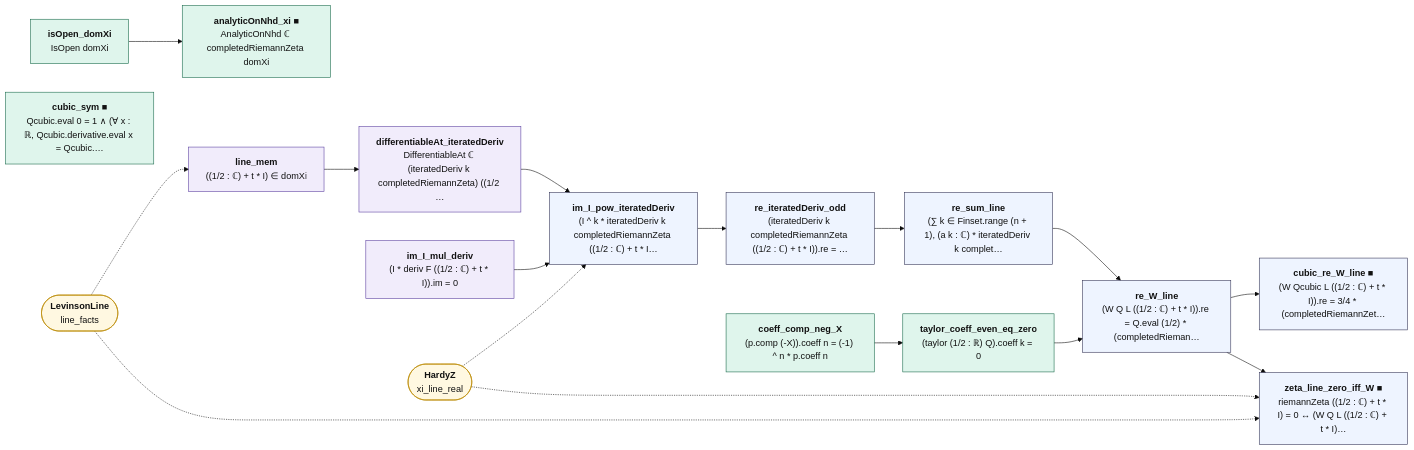
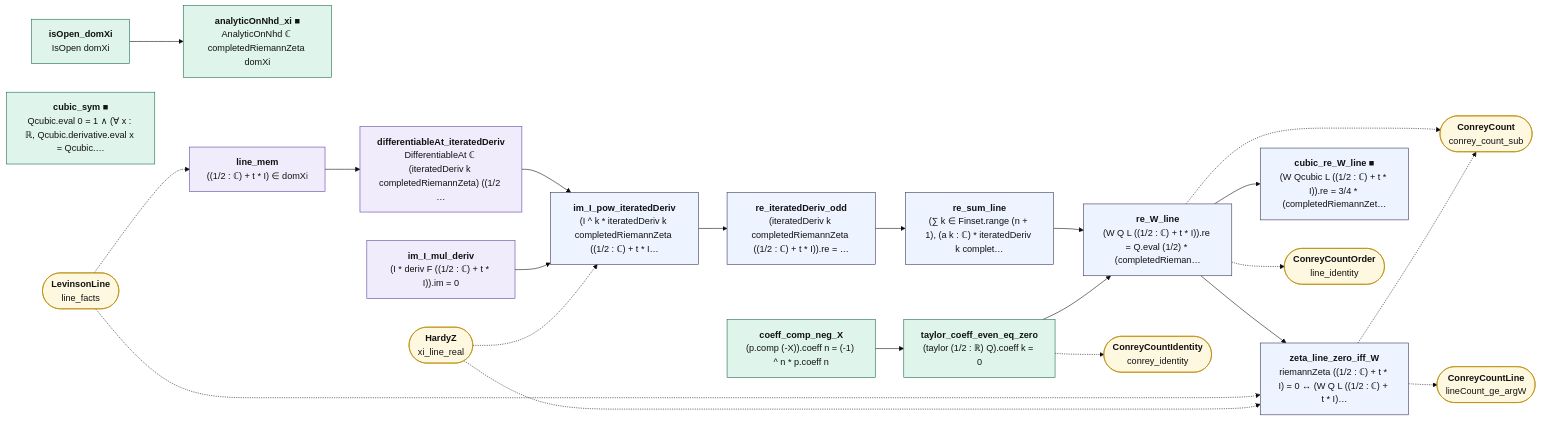
One commit to juliansambranojr/Primebeat_081426 changed the diagram in map/lean_stage3/OperatorQ.md. Above: the diagram before and after it, drawn with Mermaid (base theme). The commit also changed other lines of this file and 48 other files, not shown here.

````diff
--- a/map/lean_stage3/OperatorQ.md
+++ b/map/lean_stage3/OperatorQ.md
@@ -14,42 +14,51 @@
 ```mermaid
 flowchart LR
   n0["<b>isOpen_domXi</b><br/>IsOpen domXi"]:::cnt
   n1["<b>analyticOnNhd_xi ■</b><br/>AnalyticOnNhd ℂ completedRiemannZeta domXi"]:::cnt
   n2["<b>line_mem</b><br/>((1/2 : ℂ) + t * I) ∈ domXi"]:::shp
   n3["<b>differentiableAt_iteratedDeriv</b><br/>DifferentiableAt ℂ (iteratedDeriv k completedRiemannZeta) ((1/2 …"]:::shp
   n4["<b>im_I_mul_deriv</b><br/>(I * deriv F ((1/2 : ℂ) + t * I)).im = 0"]:::shp
   n5["<b>im_I_pow_iteratedDeriv</b><br/>(I ^ k * iteratedDeriv k completedRiemannZeta ((1/2 : ℂ) + t * I…"]:::thm
   n6["<b>re_iteratedDeriv_odd</b><br/>(iteratedDeriv k completedRiemannZeta ((1/2 : ℂ) + t * I)).re = …"]:::thm
   n7["<b>re_sum_line</b><br/>(∑ k ∈ Finset.range (n + 1), (a k : ℂ) * iteratedDeriv k complet…"]:::thm
   n8["<b>coeff_comp_neg_X</b><br/>(p.comp (-X)).coeff n = (-1) ^ n * p.coeff n"]:::cnt
   n9["<b>taylor_coeff_even_eq_zero</b><br/>(taylor (1/2 : ℝ) Q).coeff k = 0"]:::cnt
   n10["<b>re_W_line</b><br/>(W Q L ((1/2 : ℂ) + t * I)).re = Q.eval (1/2) * (completedRieman…"]:::thm
-  n11["<b>zeta_line_zero_iff_W ■</b><br/>riemannZeta ((1/2 : ℂ) + t * I) = 0 ↔ (W Q L ((1/2 : ℂ) + t * I)…"]:::thm
+  n11["<b>zeta_line_zero_iff_W</b><br/>riemannZeta ((1/2 : ℂ) + t * I) = 0 ↔ (W Q L ((1/2 : ℂ) + t * I)…"]:::thm
   n12["<b>cubic_sym ■</b><br/>Qcubic.eval 0 = 1 ∧ (∀ x : ℝ, Qcubic.derivative.eval x = Qcubic.…"]:::cnt
   n13["<b>cubic_re_W_line ■</b><br/>(W Qcubic L ((1/2 : ℂ) + t * I)).re = 3/4 * (completedRiemannZet…"]:::thm
   x0(["<b>LevinsonLine</b><br/>line_facts"]):::ext
   x1(["<b>HardyZ</b><br/>xi_line_real"]):::ext
+  x2(["<b>ConreyCountIdentity</b><br/>conrey_identity"]):::ext
+  x3(["<b>ConreyCount</b><br/>conrey_count_sub"]):::ext
+  x4(["<b>ConreyCountOrder</b><br/>line_identity"]):::ext
+  x5(["<b>ConreyCountLine</b><br/>lineCount_ge_argW"]):::ext
   n0 --> n1
   n10 --> n11
   n10 --> n13
   n2 --> n3
   n3 --> n5
   n4 --> n5
   n5 --> n6
   n6 --> n7
   n7 --> n10
   n8 --> n9
   n9 --> n10
+  n10 -.-> x3
+  n10 -.-> x4
+  n11 -.-> x3
+  n11 -.-> x5
+  n9 -.-> x2
   x0 -.-> n11
   x0 -.-> n2
   x1 -.-> n11
   x1 -.-> n5
   classDef cnt fill:#dff5ec,stroke:#17694a,color:#111
   classDef shp fill:#f1ecfb,stroke:#5b3fa0,color:#111
   classDef rh fill:#ffe5e5,stroke:#c22,color:#111,stroke-width:2px
   classDef thm fill:#eef4ff,stroke:#335,color:#111
   classDef end_ fill:#e7f7e7,stroke:#2a7,color:#111,stroke-width:2px
   classDef lone fill:#fff,stroke:#999,color:#111,stroke-dasharray:4 3
   classDef bad fill:#ffe5e5,stroke:#c22,color:#111,stroke-width:2px
   classDef ext fill:#fff8e1,stroke:#b80,color:#111
 ```
````
